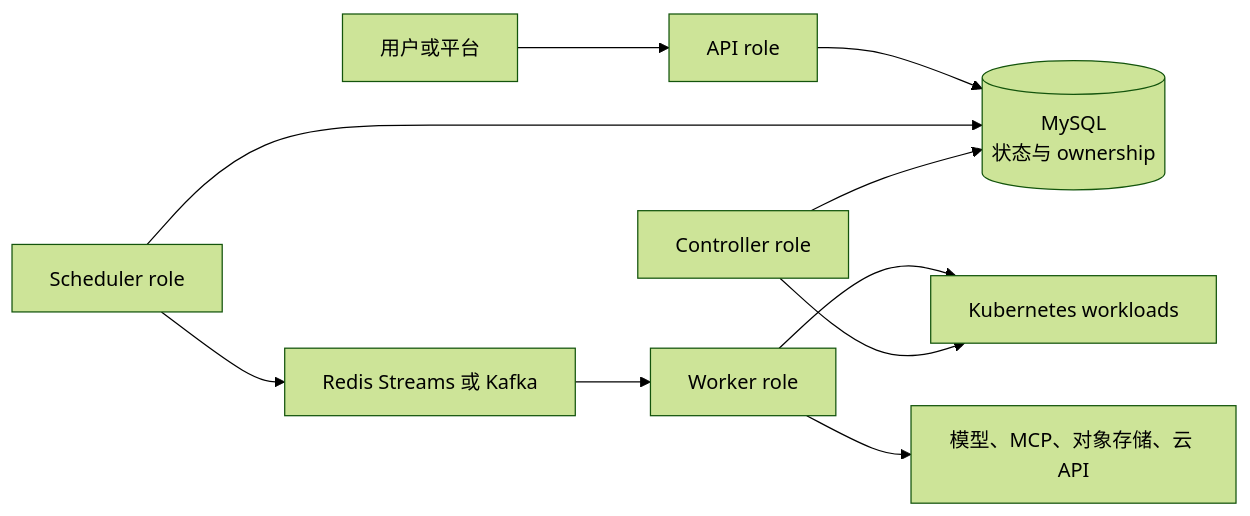
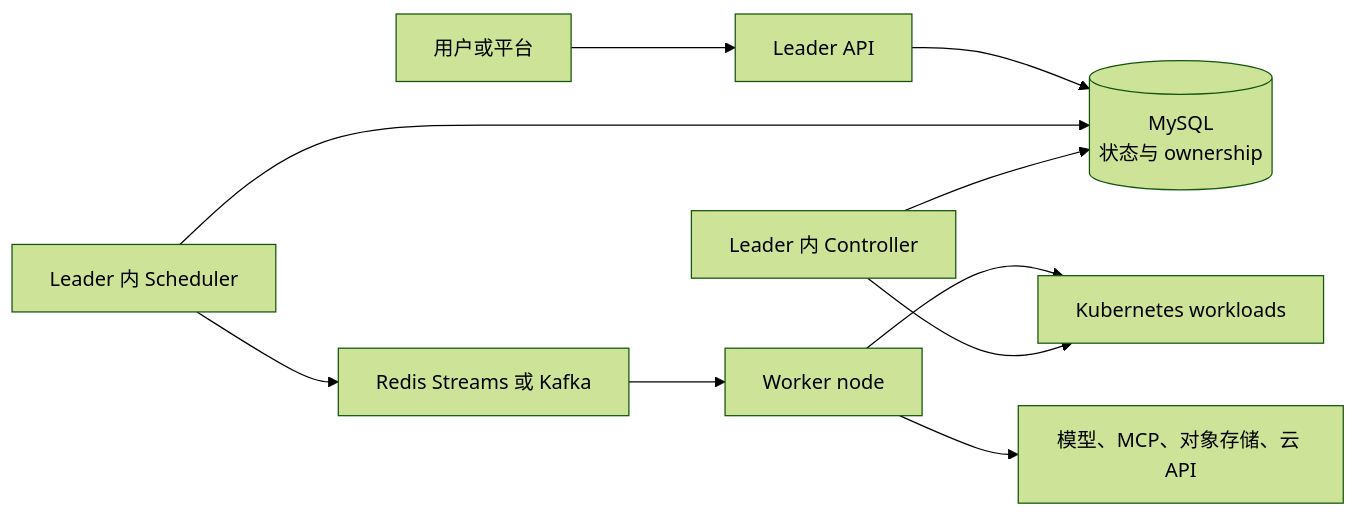
Before and after one commit to PixelCores/Eruun: the diagram in docs/ai-runtime-vision.md, drawn with Mermaid (forest theme). The commit also changed other lines of this file and 123 other files, not shown here.

First line of the commit message:
feat: 统一 Leader/Worker 运行时并加固分布式恢复 (#139)

````diff
--- a/docs/ai-runtime-vision.md
+++ b/docs/ai-runtime-vision.md
@@ -80,12 +80,12 @@
 ```mermaid
 flowchart LR
-    User[用户或平台] --> API[API role]
+    User[用户或平台] --> API[Leader API]
     API --> DB[(MySQL\n状态与 ownership)]
-    Scheduler[Scheduler role] --> DB
+    Scheduler[Leader 内 Scheduler] --> DB
     Scheduler --> Queue[Redis Streams 或 Kafka]
-    Queue --> Worker[Worker role]
+    Queue --> Worker[Worker node]
     Worker --> K8s[Kubernetes workloads]
     Worker --> External[模型、MCP、对象存储、云 API]
-    Controller[Controller role] --> K8s
+    Controller[Leader 内 Controller] --> K8s
     Controller --> DB
 ```
````
